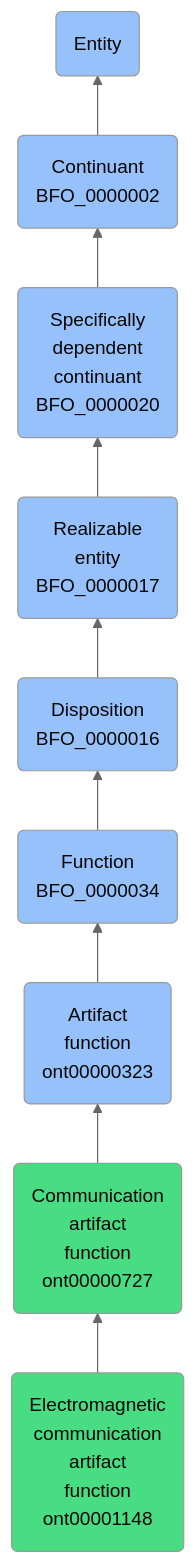
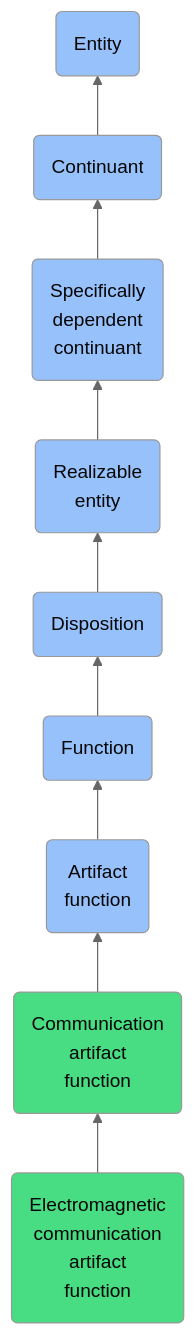
The diagram in docs/ontology/reference/model/Entity/Continuant/Specifically dependent continuant/Realizable entity/Disposition/Function/Artifact function/Communication artifact function/Electromagnetic communication artifact function/Electromagnetic communication artifact function.md (jupyter-naas/abi), drawn with Mermaid (neutral theme) before and after one commit. The commit also changed other lines of this file and 1430 other files, not shown here.

````diff
--- a/docs/ontology/reference/model/Entity/Continuant/Specifically dependent continuant/Realizable entity/Disposition/Function/Artifact function/Communication artifact function/Electromagnetic communication artifact function/Electromagnetic communication artifact function.md
+++ b/docs/ontology/reference/model/Entity/Continuant/Specifically dependent continuant/Realizable entity/Disposition/Function/Artifact function/Communication artifact function/Electromagnetic communication artifact function/Electromagnetic communication artifact function.md
@@ -24,16 +24,16 @@
 ```mermaid
 graph BT
-    ont00001148(Electromagnetic<br>communication<br>artifact<br>function<br>ont00001148):::ABI-->ont00000727
-    ont00000727(Communication<br>artifact<br>function<br>ont00000727):::ABI-->ont00000323
-    ont00000323(Artifact<br>function<br>ont00000323):::BFO-->BFO_0000034
-    BFO_0000034(Function<br>BFO_0000034):::BFO-->BFO_0000016
-    BFO_0000016(Disposition<br>BFO_0000016):::BFO-->BFO_0000017
-    BFO_0000017(Realizable<br>entity<br>BFO_0000017):::BFO-->BFO_0000020
-    BFO_0000020(Specifically<br>dependent<br>continuant<br>BFO_0000020):::BFO-->BFO_0000002
-    BFO_0000002(Continuant<br>BFO_0000002):::BFO-->BFO_0000001
+    ont00001148(Electromagnetic<br>communication<br>artifact<br>function):::ABI-->ont00000727
+    ont00000727(Communication<br>artifact<br>function):::ABI-->ont00000323
+    ont00000323(Artifact<br>function):::BFO-->BFO_0000034
+    BFO_0000034(Function):::BFO-->BFO_0000016
+    BFO_0000016(Disposition):::BFO-->BFO_0000017
+    BFO_0000017(Realizable<br>entity):::BFO-->BFO_0000020
+    BFO_0000020(Specifically<br>dependent<br>continuant):::BFO-->BFO_0000002
+    BFO_0000002(Continuant):::BFO-->BFO_0000001
     BFO_0000001(Entity):::BFO
     
     classDef BFO fill:#97c1fb,color:#060606
     classDef CCO fill:#e4c51e,color:#060606
     classDef ABI fill:#48DD82,color:#060606
 ```
````
